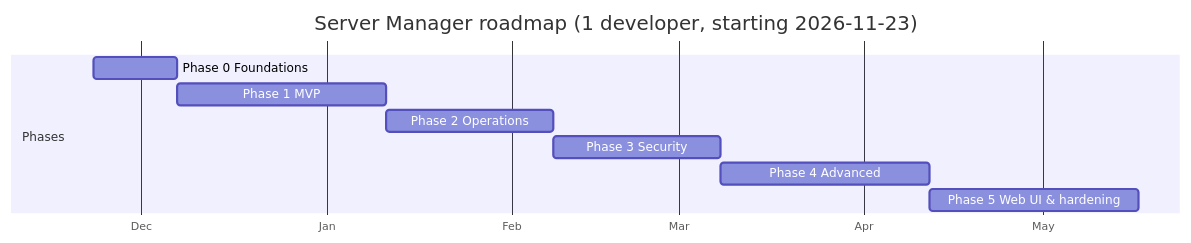
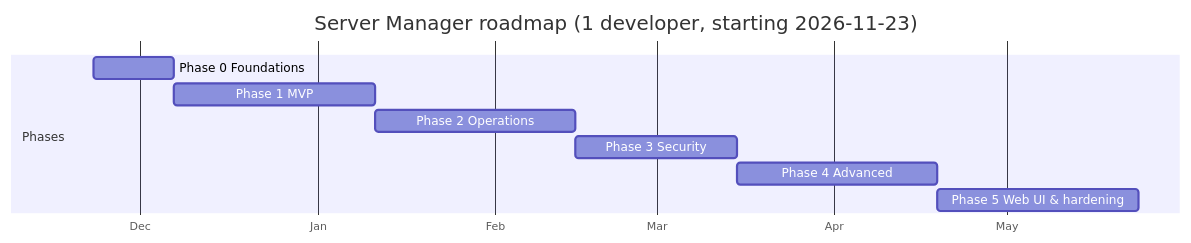
Before and after one commit to monirujjaman-dev/server-manager: the diagram in docs/DEVELOPMENT_PLAN.md, drawn with Mermaid. The commit also changed other lines of this file and 15 other files, not shown here.

````diff
--- a/docs/DEVELOPMENT_PLAN.md
+++ b/docs/DEVELOPMENT_PLAN.md
@@ -24,13 +24,13 @@
 ```mermaid
 gantt
     dateFormat  YYYY-MM-DD
     axisFormat  %b
     title Server Manager roadmap (1 developer, starting 2026-11-23)
     section Phases
     Phase 0 Foundations        :p0, 2026-11-23, 2w
     Phase 1 MVP                :p1, after p0, 5w
-    Phase 2 Operations         :p2, after p1, 4w
+    Phase 2 Operations         :p2, after p1, 5w
     Phase 3 Security           :p3, after p2, 4w
     Phase 4 Advanced           :p4, after p3, 5w
     Phase 5 Web UI & hardening :p5, after p4, 5w
 ```
````
